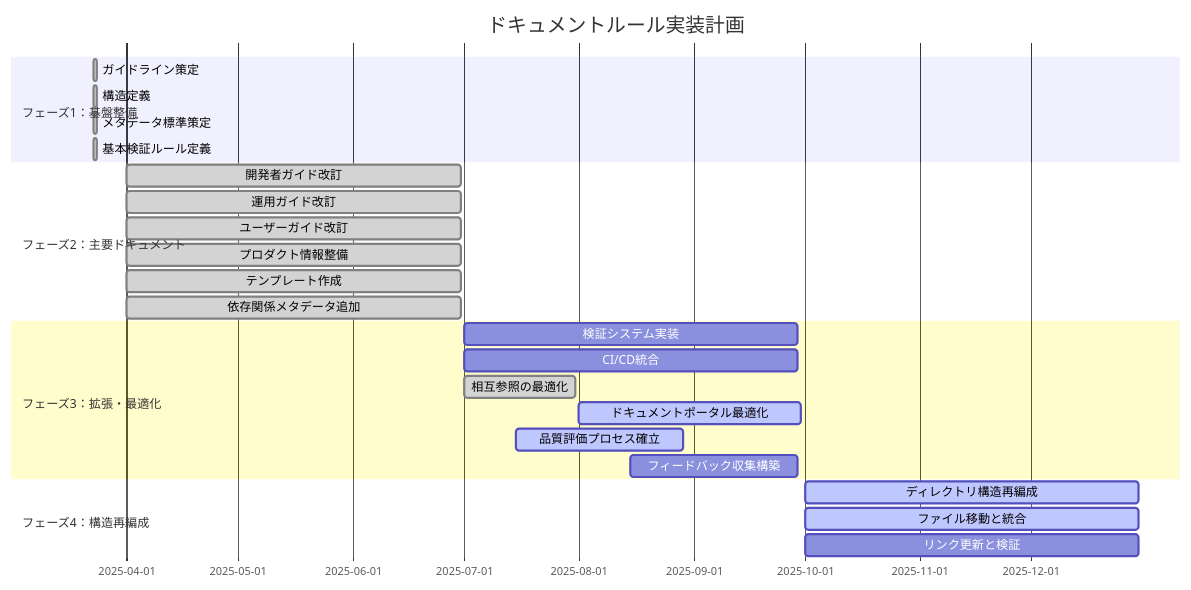
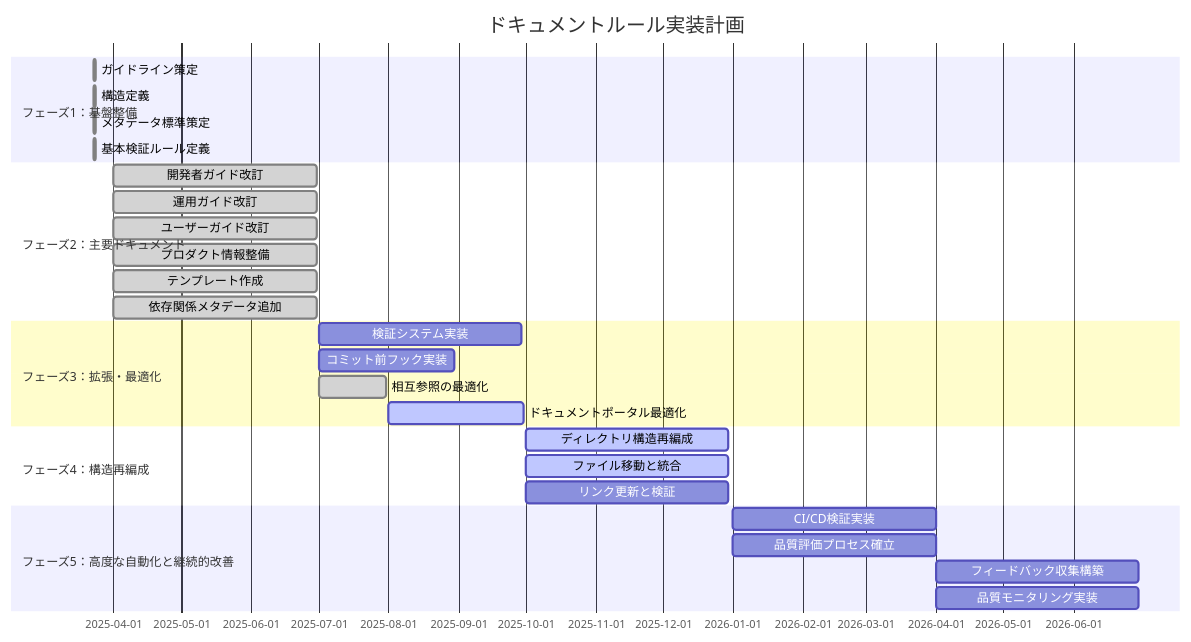
The diagram in docs/PLAN.md (ToyB0x/git-resume), drawn with Mermaid before and after one commit. The commit also changed other lines of this file, not shown here.

````diff
--- a/docs/PLAN.md
+++ b/docs/PLAN.md
@@ -122,28 +131,31 @@
 ```mermaid
 gantt
     title ドキュメントルール実装計画
     dateFormat  YYYY-MM-DD
     section フェーズ1：基盤整備
     ガイドライン策定      :done, 2025-03-23, 1d
     構造定義              :done, 2025-03-23, 1d
     メタデータ標準策定    :done, 2025-03-23, 1d
     基本検証ルール定義    :done, 2025-03-23, 1d
     section フェーズ2：主要ドキュメント
     開発者ガイド改訂      :done, 2025-04-01, 90d
     運用ガイド改訂        :done, 2025-04-01, 90d
     ユーザーガイド改訂    :done, 2025-04-01, 90d
     プロダクト情報整備    :done, 2025-04-01, 90d
     テンプレート作成      :done, 2025-04-01, 90d
     依存関係メタデータ追加 :done, 2025-04-01, 90d
     section フェーズ3：拡張・最適化
     検証システム実装      :2025-07-01, 90d
-    CI/CD統合             :2025-07-01, 90d
+    コミット前フック実装   :2025-07-01, 60d
     相互参照の最適化      :done, 2025-07-01, 30d
     ドキュメントポータル最適化 :active, 2025-08-01, 60d
-    品質評価プロセス確立   :active, 2025-07-15, 45d
-    フィードバック収集構築 :2025-08-15, 45d
     section フェーズ4：構造再編成
     ディレクトリ構造再編成 :active, 2025-10-01, 90d
     ファイル移動と統合     :active, 2025-10-01, 90d
     リンク更新と検証       :2025-10-01, 90d
+    section フェーズ5：高度な自動化と継続的改善
+    CI/CD検証実装         :2026-01-01, 90d
+    品質評価プロセス確立   :2026-01-01, 90d
+    フィードバック収集構築 :2026-04-01, 90d
+    品質モニタリング実装   :2026-04-01, 90d
 ```
````
